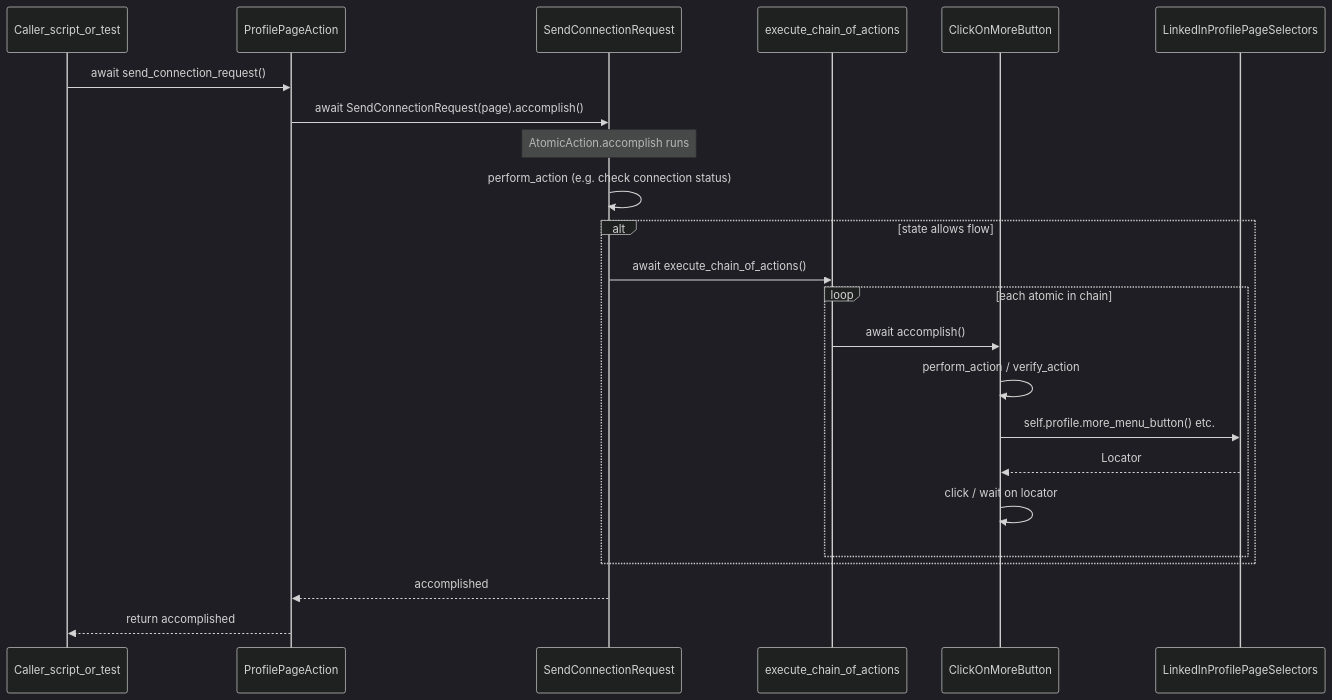
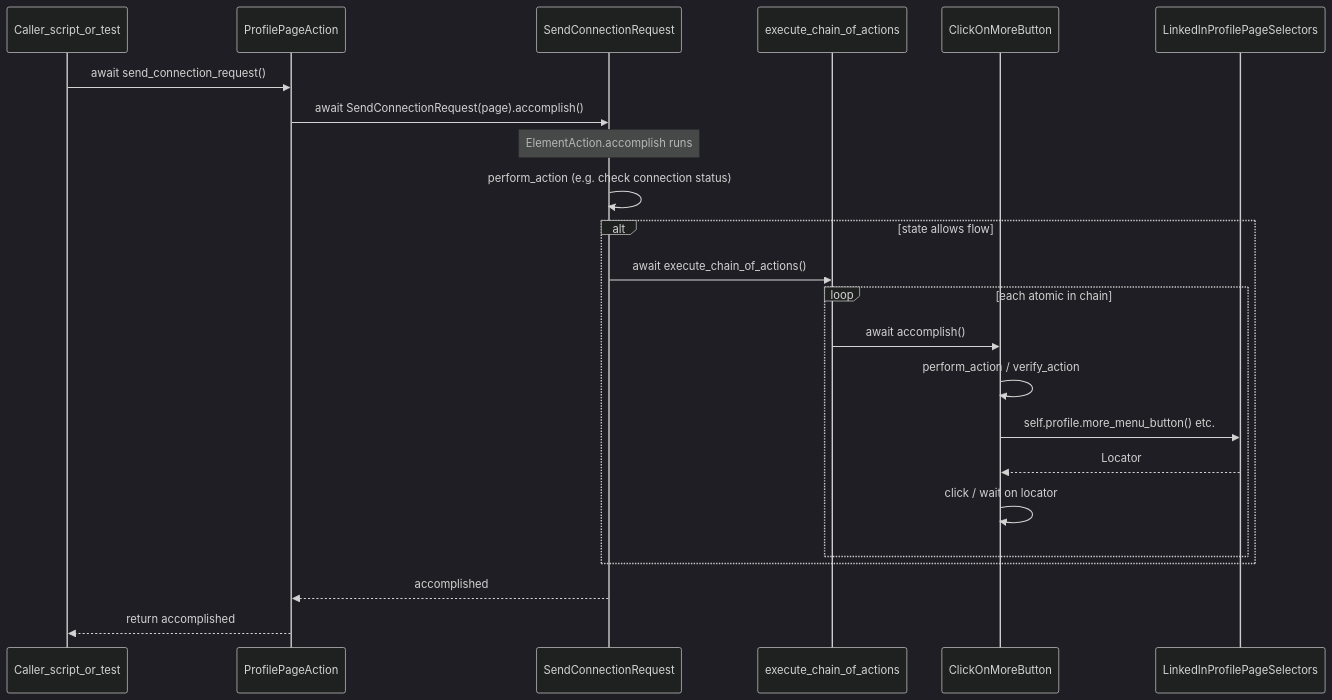
Before and after one commit to Roshan-yadav-evil-genius/Linkedin-MCP-Server: the first of 2 diagrams in CoreArchitecture.md, drawn with Mermaid (dark theme). The commit also changed other lines of this file and 5 other files, not shown here.

````diff
--- a/CoreArchitecture.md
+++ b/CoreArchitecture.md
@@ -75,26 +80,26 @@
 ```mermaid
 sequenceDiagram
     participant Caller as Caller_script_or_test
     participant PA as ProfilePageAction
     participant Mol as SendConnectionRequest
     participant Chain as execute_chain_of_actions
     participant At as ClickOnMoreButton
     participant Res as LinkedInProfilePageSelectors
 
     Caller->>PA: await send_connection_request()
     PA->>Mol: await SendConnectionRequest(page).accomplish()
-    Note over Mol: AtomicAction.accomplish runs
+    Note over Mol: ElementAction.accomplish runs
     Mol->>Mol: perform_action (e.g. check connection status)
     alt state allows flow
         Mol->>Chain: await execute_chain_of_actions()
         loop each atomic in chain
             Chain->>At: await accomplish()
             At->>At: perform_action / verify_action
             At->>Res: self.profile.more_menu_button() etc.
             Res-->>At: Locator
             At->>At: click / wait on locator
         end
     end
     Mol-->>PA: accomplished
     PA-->>Caller: return accomplished
 ```
````
